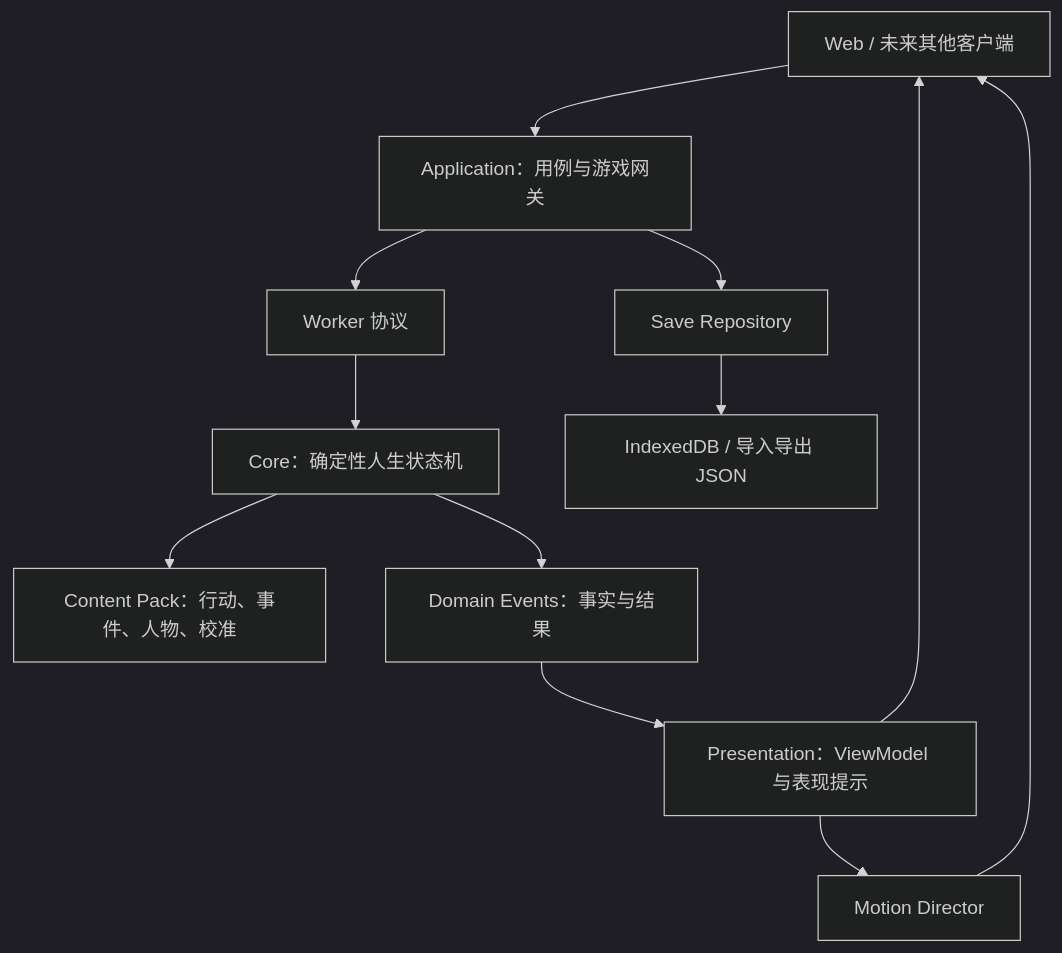
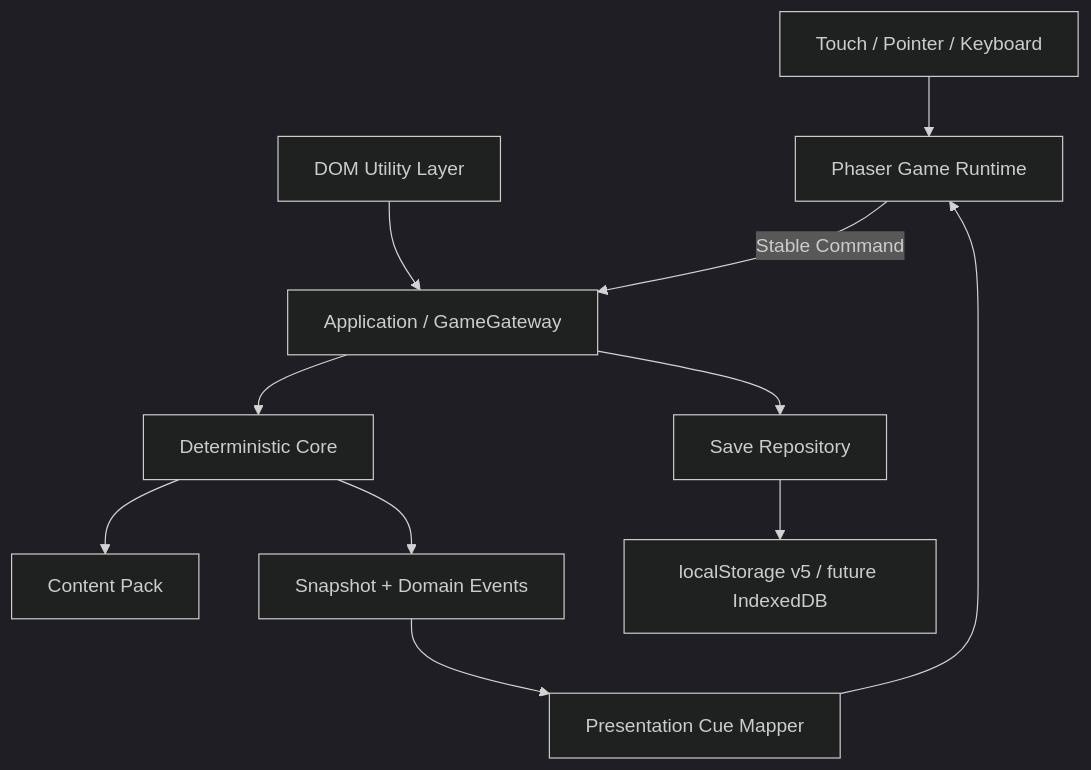
Before and after one commit to 217ljm/game: the diagram in docs/TECHNICAL_ARCHITECTURE.md, drawn with Mermaid (dark theme). The commit also changed other lines of this file and 247 other files, not shown here.

Commit message:
feat: complete project architecture, gameplay systems, and full game contents

````diff
--- a/docs/TECHNICAL_ARCHITECTURE.md
+++ b/docs/TECHNICAL_ARCHITECTURE.md
@@ -40,14 +61,13 @@
 ```mermaid
 flowchart TD
-    UI["Web / 未来其他客户端"] --> APP["Application：用例与游戏网关"]
-    APP --> WORKER["Worker 协议"]
-    WORKER --> CORE["Core：确定性人生状态机"]
-    CORE --> CONTENT["Content Pack：行动、事件、人物、校准"]
-    CORE --> EVENTS["Domain Events：事实与结果"]
-    EVENTS --> PRESENT["Presentation：ViewModel 与表现提示"]
-    PRESENT --> UI
-    APP --> SAVE["Save Repository"]
-    SAVE --> IDB["IndexedDB / 导入导出 JSON"]
-    PRESENT --> MOTION["Motion Director"]
-    MOTION --> UI
+    INPUT[Touch / Pointer / Keyboard] --> RUNTIME[Phaser Game Runtime]
+    DOM[DOM Utility Layer] --> APP[Application / GameGateway]
+    RUNTIME -->|Stable Command| APP
+    APP --> CORE[Deterministic Core]
+    CORE --> CONTENT[Content Pack]
+    CORE --> EVENTS[Snapshot + Domain Events]
+    EVENTS --> CUES[Presentation Cue Mapper]
+    CUES --> RUNTIME
+    APP --> SAVE[Save Repository]
+    SAVE --> STORAGE[localStorage v5 / future IndexedDB]
 ```
````
